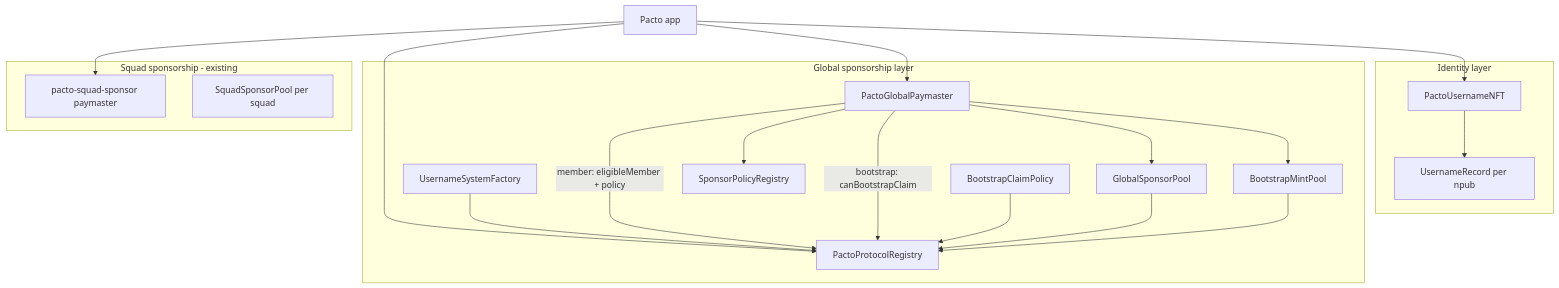
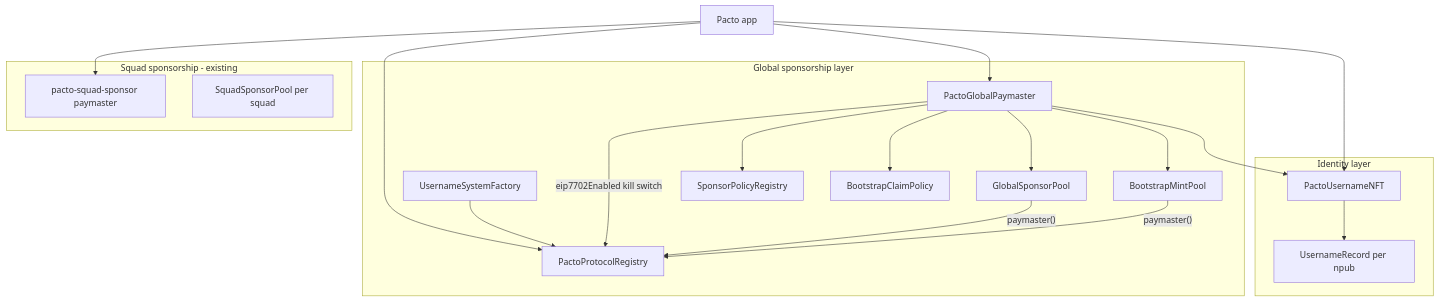
Before and after one commit to covenant-gov/pacto-username-nft: the diagram in docs/TECH_SPEC.md, drawn with Mermaid. The commit also changed other lines of this file and 7 other files, not shown here.

````diff
--- a/docs/TECH_SPEC.md
+++ b/docs/TECH_SPEC.md
@@ -26,39 +26,39 @@
 ```mermaid
 flowchart TB
   subgraph identity [Identity layer]
     NFT[PactoUsernameNFT]
     Record["UsernameRecord per npub"]
   end
 
   subgraph sponsor [Global sponsorship layer]
     Registry[PactoProtocolRegistry]
     Factory[UsernameSystemFactory]
     Pool[GlobalSponsorPool]
     BootstrapPool[BootstrapMintPool]
     Policy[SponsorPolicyRegistry]
     BootstrapPolicy[BootstrapClaimPolicy]
     Paymaster[PactoGlobalPaymaster]
   end
 
   subgraph squad [Squad sponsorship - existing]
     SquadPM[pacto-squad-sponsor paymaster]
     SquadPool[SquadSponsorPool per squad]
   end
 
   App[Pacto app]
   App --> NFT
   App --> Paymaster
   App --> SquadPM
   App --> Registry
 
   NFT --> Record
   Factory --> Registry
-  Paymaster -->|"member: eligibleMember + policy"| Registry
-  Paymaster -->|"bootstrap: canBootstrapClaim"| Registry
-  BootstrapPolicy --> Registry
-  Pool --> Registry
-  BootstrapPool --> Registry
+  Paymaster -->|"eip7702Enabled kill switch"| Registry
+  Pool -->|"paymaster()"| Registry
+  BootstrapPool -->|"paymaster()"| Registry
+  Paymaster --> NFT
   Paymaster --> Policy
+  Paymaster --> BootstrapPolicy
   Paymaster --> Pool
   Paymaster --> BootstrapPool
 ```
````
